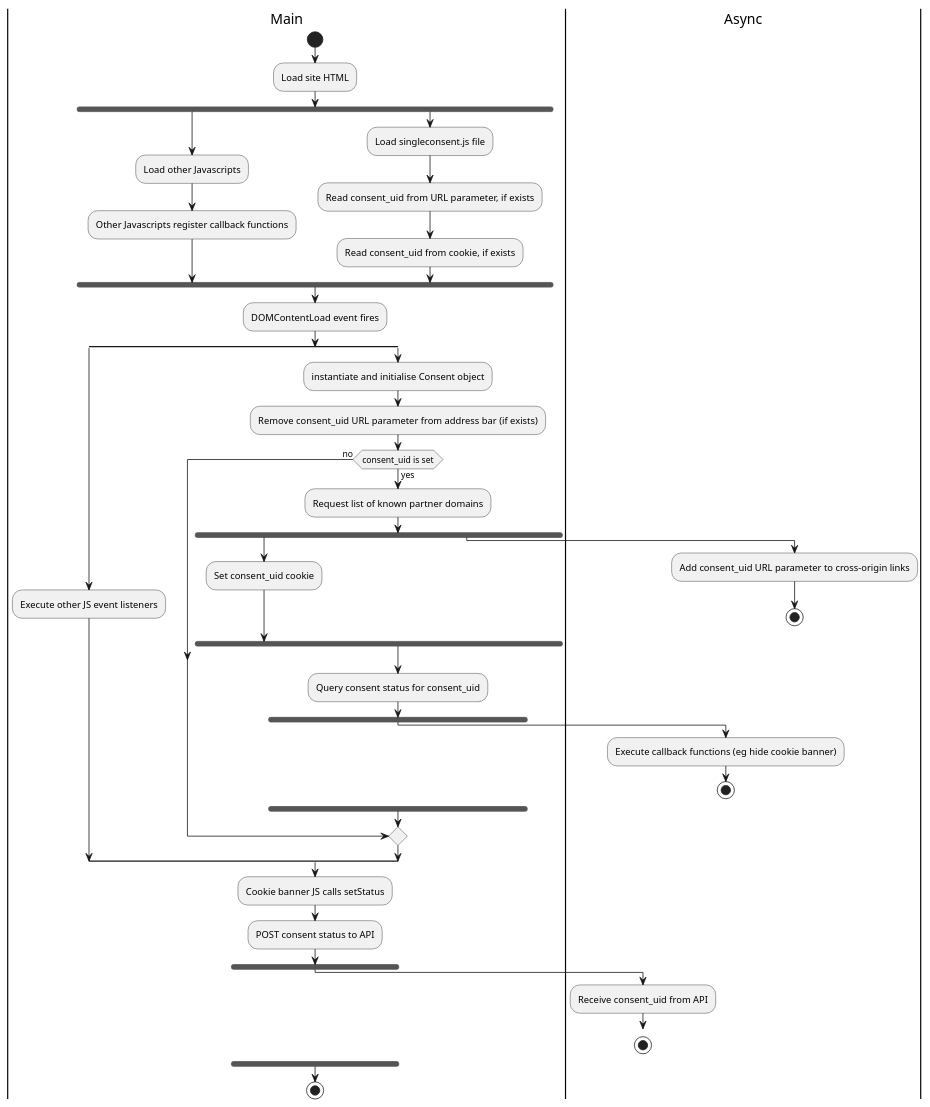
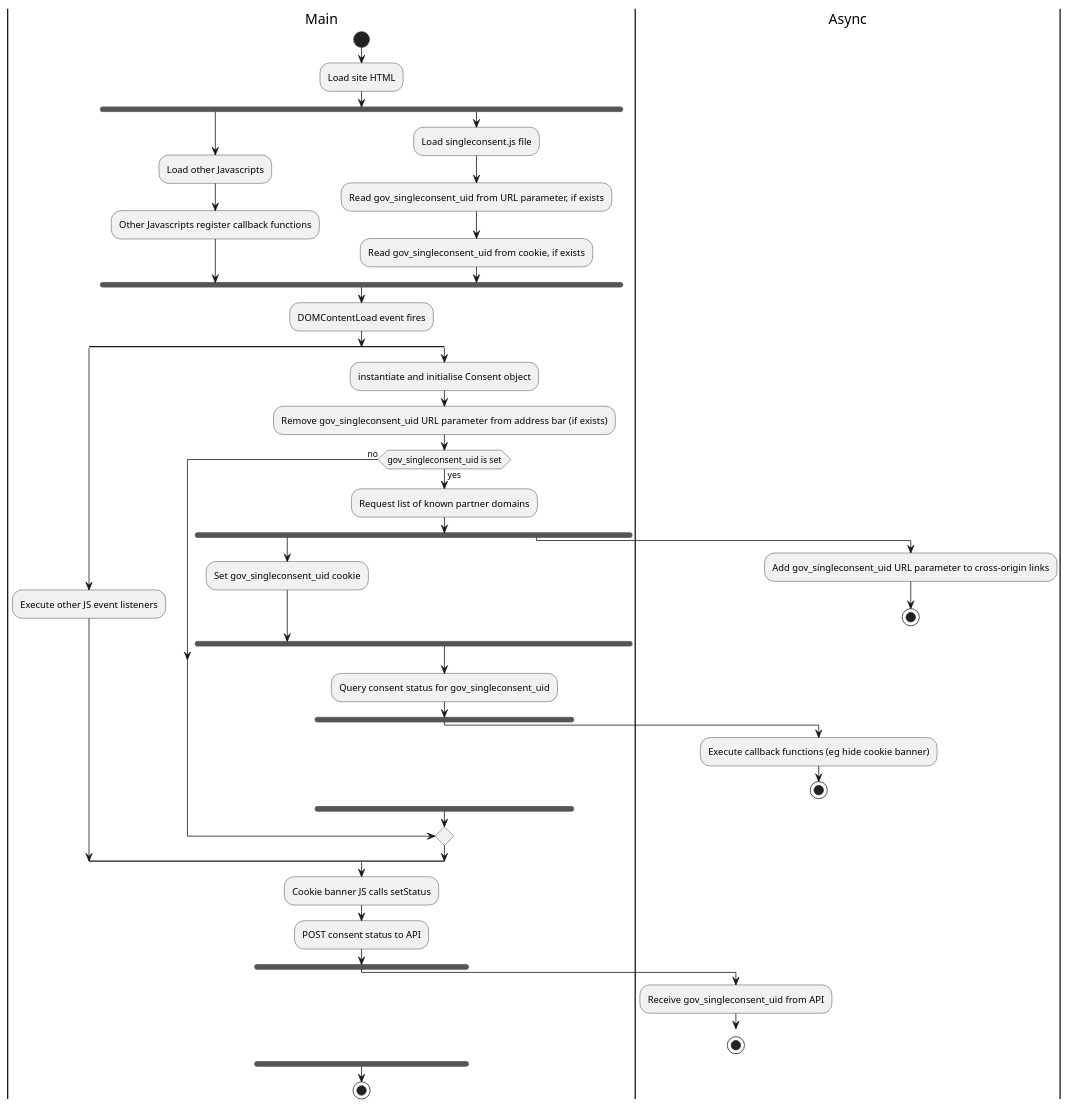
One commit to alphagov/consent-api changed the diagram in activity-diagram.plantuml. Above: the diagram before and after it, drawn with PlantUML. The commit also changed 8 other files, not shown here.

Commit message:
refactor: consent_uid and consent api url tag renamed

```diff
--- a/activity-diagram.plantuml
+++ b/activity-diagram.plantuml
@@ -1,56 +1,56 @@
 @startuml
 |Main|
 start
 :Load site HTML;
 fork
 :Load other Javascripts;
 :Other Javascripts register callback functions;
 fork again
 :Load singleconsent.js file;
-:Read consent_uid from URL parameter, if exists;
-:Read consent_uid from cookie, if exists;
+:Read gov_singleconsent_uid from URL parameter, if exists;
+:Read gov_singleconsent_uid from cookie, if exists;
 end fork
 :DOMContentLoad event fires;
 split
 :Execute other JS event listeners;
 split again
 :instantiate and initialise Consent object;
-:Remove consent_uid URL parameter from address bar (if exists);
-if (consent_uid is set) then (yes)
+:Remove gov_singleconsent_uid URL parameter from address bar (if exists);
+if (gov_singleconsent_uid is set) then (yes)
 
   :Request list of known partner domains;
   fork
-  :Set consent_uid cookie;
+  :Set gov_singleconsent_uid cookie;
   label set_uid
   |Main|
   fork again
   |Async|
-  :Add consent_uid URL parameter to cross-origin links;
+  :Add gov_singleconsent_uid URL parameter to cross-origin links;
   stop
   |Main|
   end fork
 
-  :Query consent status for consent_uid;
+  :Query consent status for gov_singleconsent_uid;
   fork
 
   |Async|
   :Execute callback functions (eg hide cookie banner);
   stop
 
 |Main|
 end fork
 else (no)
 endif
 end split
 :Cookie banner JS calls setStatus;
 :POST consent status to API;
 fork
 |Async|
-:Receive consent_uid from API;
+:Receive gov_singleconsent_uid from API;
 -[#red]->
 goto set_uid
 stop
 |Main|
 end fork
 stop
 @enduml
```
